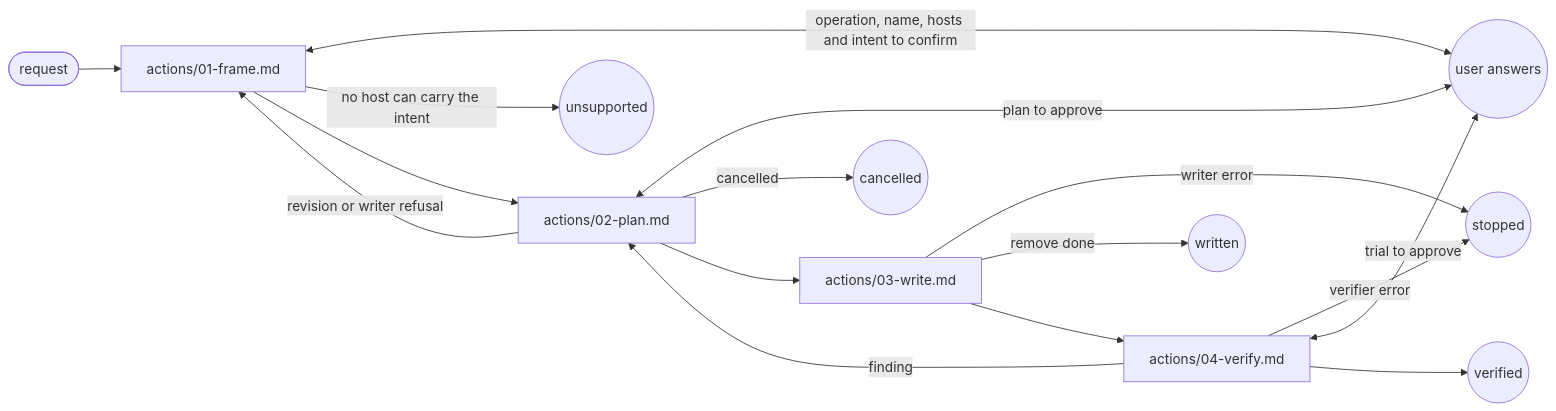
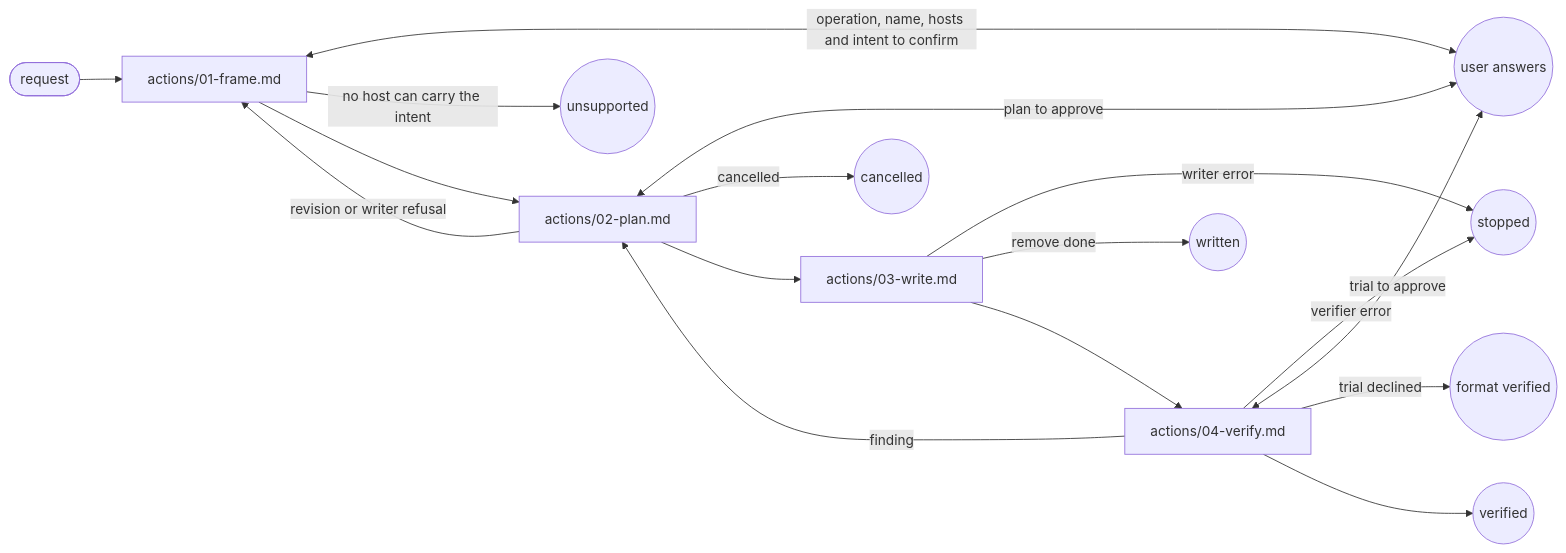
One commit to ai-driven-dev/framework changed the diagram in plugins/aidd-context/skills/08-hook-generate/SKILL.md. Above: the diagram before and after it, drawn with Mermaid. The commit also changed 4 other files, not shown here.

````diff
--- a/plugins/aidd-context/skills/08-hook-generate/SKILL.md
+++ b/plugins/aidd-context/skills/08-hook-generate/SKILL.md
@@ -9,18 +9,19 @@
 ```mermaid
 flowchart LR
   entry([request]) --> frame["actions/01-frame.md"]
   frame <-->|"operation, name, hosts and intent to confirm"| user((user answers))
   frame -->|"no host can carry the intent"| unsupported((unsupported))
   frame --> plan["actions/02-plan.md"]
   plan <-->|"plan to approve"| user
   plan -->|"revision or writer refusal"| frame
   plan -->|"cancelled"| cancelled((cancelled))
   plan --> write["actions/03-write.md"]
   write -->|"writer error"| stopped((stopped))
   write -->|"remove done"| done((written))
   write --> verify["actions/04-verify.md"]
   verify -->|"finding"| plan
   verify -->|"verifier error"| stopped
   verify <-->|"trial to approve"| user
+  verify -->|"trial declined"| unverified((format verified))
   verify --> verified((verified))
 ```
````
